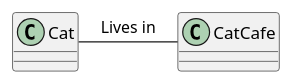
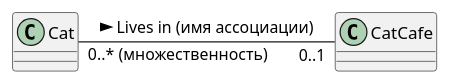
One commit to PopkovAYu/Notes changed the fifth of 5 diagrams in Notes/Notes/Системная аналитика/Курсы от нетологии/Раздел 3. Анализ требований/6. UML. Диаграмма классов.md. Above: the diagram before and after it, drawn with PlantUML. The commit also changed other lines of this file, not shown here.

Commit message:
vault backup: 2024-04-22 19:19:17
Affected files:
Notes/Notes/Системная аналитика/Курсы от нетологии/Раздел 3. Анализ требований/6. UML. Диаграмма классов.md

````diff
--- a/Notes/Notes/Системная аналитика/Курсы от нетологии/Раздел 3. Анализ требований/6. UML. Диаграмма классов.md
+++ b/Notes/Notes/Системная аналитика/Курсы от нетологии/Раздел 3. Анализ требований/6. UML. Диаграмма классов.md
@@ -128,5 +128,5 @@
 ```plantuml
 class CatCafe
 
-Cat - CatCafe: Lives in
+Cat "0..* (множественность)" - "0..1" CatCafe: Lives in (имя ассоциации) >
 ```
````
